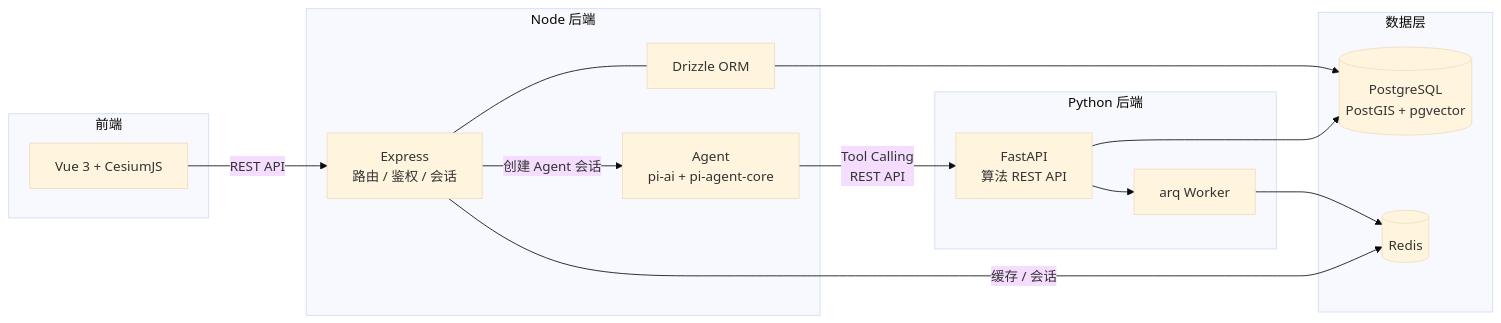
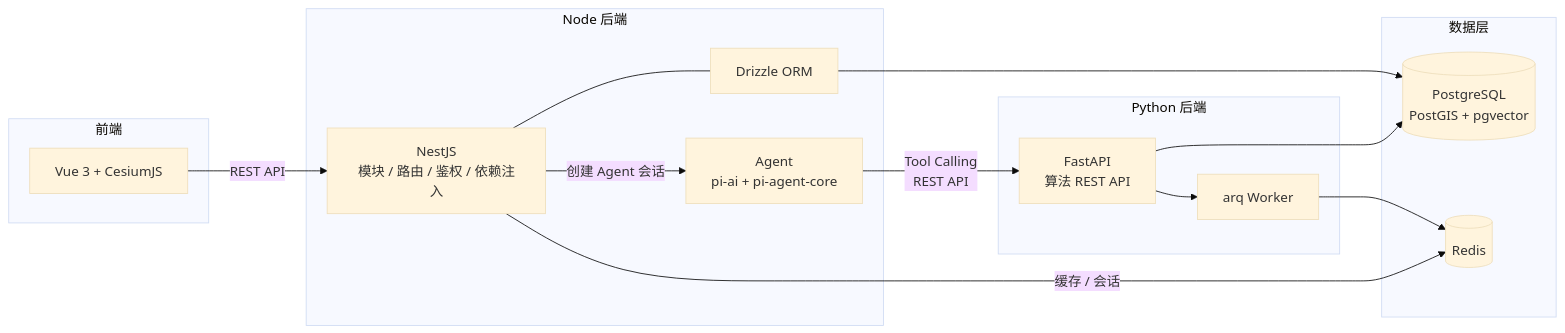
One commit to 909347194/ST-Risk-For-UAV changed the second of 2 diagrams in docs/architecture/decisions/后端技术选型建议.md. Above: the diagram before and after it, drawn with Mermaid (base theme). The commit also changed other lines of this file and 51 other files, not shown here.

````diff
--- a/docs/architecture/decisions/后端技术选型建议.md
+++ b/docs/architecture/decisions/后端技术选型建议.md
@@ -225,32 +228,32 @@
 ```mermaid
 graph LR
     subgraph 前端
         FE[Vue 3 + CesiumJS]
     end
 
     subgraph Node 后端
-        EX[Express<br/>路由 / 鉴权 / 会话]
+        EX[NestJS<br/>模块 / 路由 / 鉴权 / 依赖注入]
         AG[Agent<br/>pi-ai + pi-agent-core]
         DR[Drizzle ORM]
     end
 
     subgraph Python 后端
         FA[FastAPI<br/>算法 REST API]
         AQ[arq Worker]
     end
 
     subgraph 数据层
         PG[(PostgreSQL<br/>PostGIS + pgvector)]
         RD[(Redis)]
     end
 
     FE -->|"REST API"| EX
     EX -->|"创建 Agent 会话"| AG
     AG -->|"Tool Calling<br/>REST API"| FA
     EX --- DR
     DR --> PG
     FA --> PG
     FA --> AQ
     AQ --> RD
     EX -->|"缓存 / 会话"| RD
 ```
````
